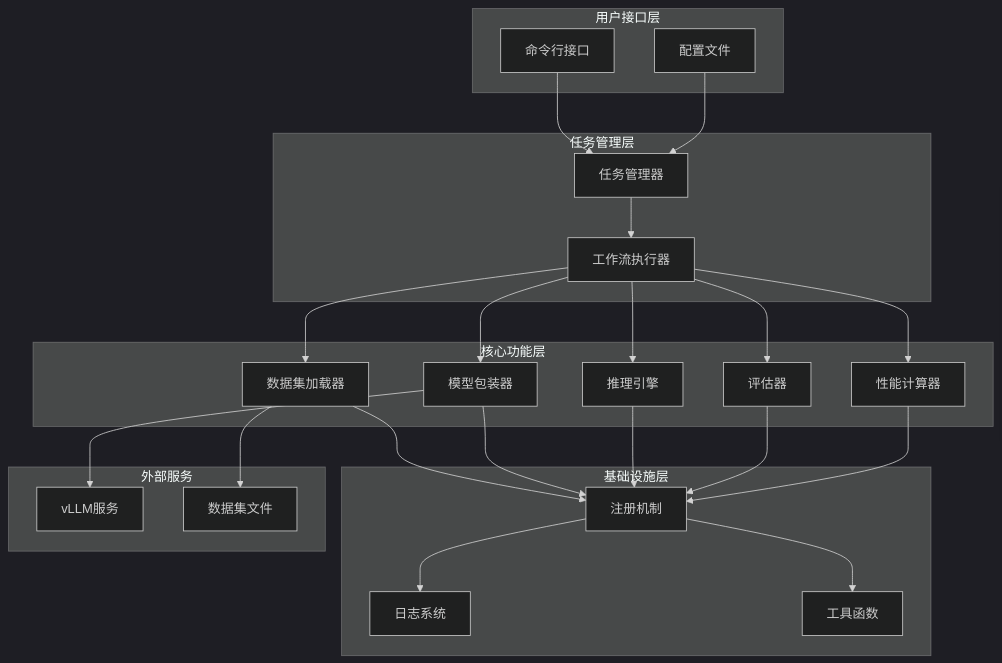
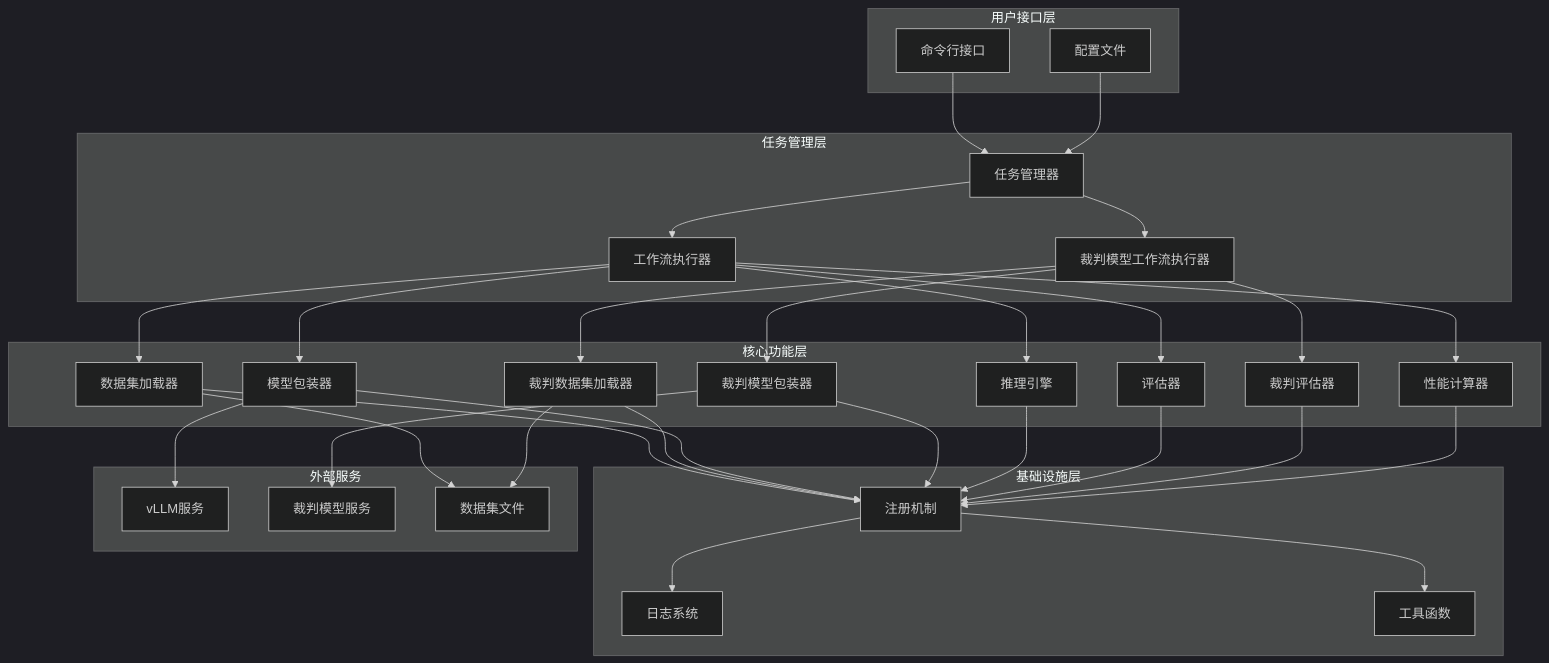
One commit to AISBench/benchmark changed the first of 7 diagrams in docs/source_zh_cn/design/AISBench V3.1测评工具特性分析与设计说明书.md. Above: the diagram before and after it, drawn with Mermaid (dark theme). The commit also changed other lines of this file, not shown here.

````diff
--- a/docs/source_zh_cn/design/AISBench V3.1测评工具特性分析与设计说明书.md
+++ b/docs/source_zh_cn/design/AISBench V3.1测评工具特性分析与设计说明书.md
@@ -1110,52 +1126,66 @@
 ```mermaid
 graph TB
     subgraph "用户接口层"
         CLI[命令行接口]
         Config[配置文件]
     end
 
     subgraph "任务管理层"
         TaskMgr[任务管理器]
         Workflow[工作流执行器]
+        JudgeWorkflow[裁判模型工作流执行器]
     end
 
     subgraph "核心功能层"
         DatasetLoader[数据集加载器]
+        JudgeDatasetLoader[裁判数据集加载器]
         ModelWrapper[模型包装器]
+        JudgeModelWrapper[裁判模型包装器]
         Inferencer[推理引擎]
         Evaluator[评估器]
+        JudgeEvaluator[裁判评估器]
         Calculator[性能计算器]
     end
 
     subgraph "基础设施层"
         Registry[注册机制]
         Logger[日志系统]
         Utils[工具函数]
     end
 
     subgraph "外部服务"
         VLLMService[vLLM服务]
+        JudgeService[裁判模型服务]
         DatasetFiles[数据集文件]
     end
 
     CLI --> TaskMgr
     Config --> TaskMgr
     TaskMgr --> Workflow
+    TaskMgr --> JudgeWorkflow
     Workflow --> DatasetLoader
     Workflow --> ModelWrapper
     Workflow --> Inferencer
     Workflow --> Evaluator
     Workflow --> Calculator
+    JudgeWorkflow --> JudgeDatasetLoader
+    JudgeWorkflow --> JudgeModelWrapper
+    JudgeWorkflow --> JudgeEvaluator
 
     DatasetLoader --> Registry
+    JudgeDatasetLoader --> Registry
     ModelWrapper --> Registry
+    JudgeModelWrapper --> Registry
     Inferencer --> Registry
     Evaluator --> Registry
+    JudgeEvaluator --> Registry
     Calculator --> Registry
 
     ModelWrapper --> VLLMService
+    JudgeModelWrapper --> JudgeService
     DatasetLoader --> DatasetFiles
+    JudgeDatasetLoader --> DatasetFiles
 
     Registry --> Logger
     Registry --> Utils
 ```
````
